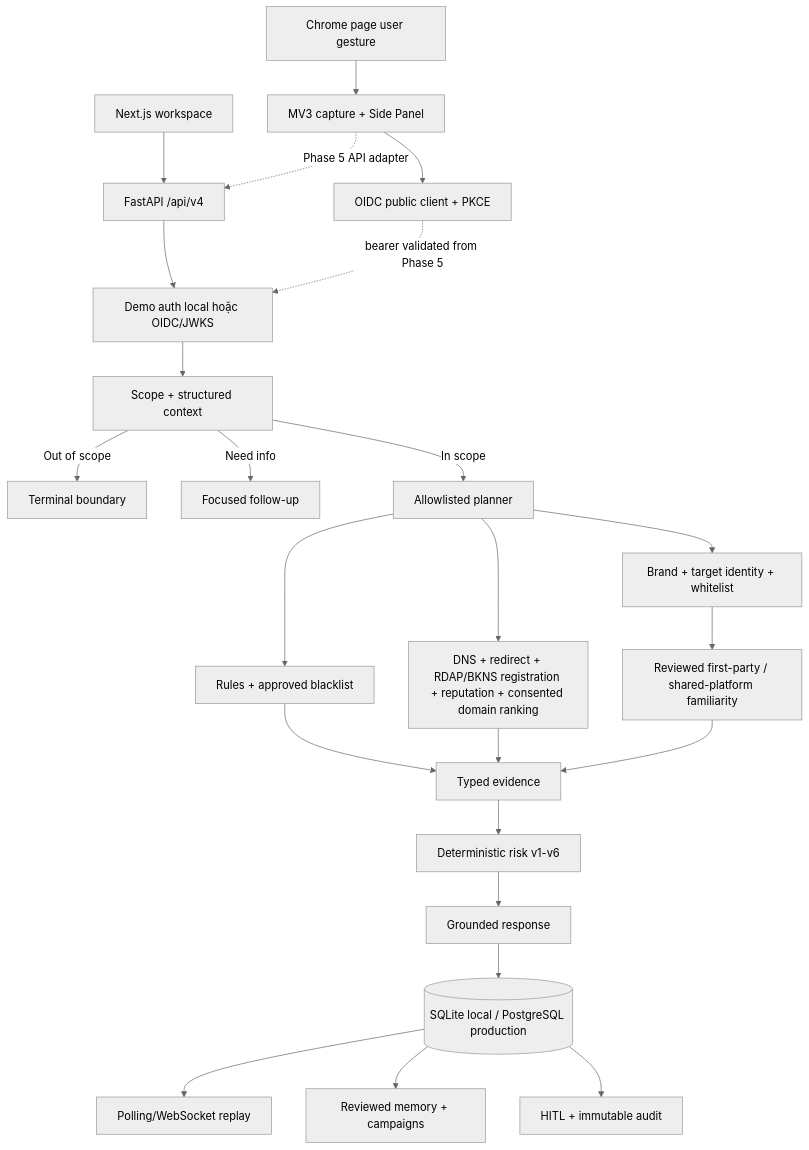
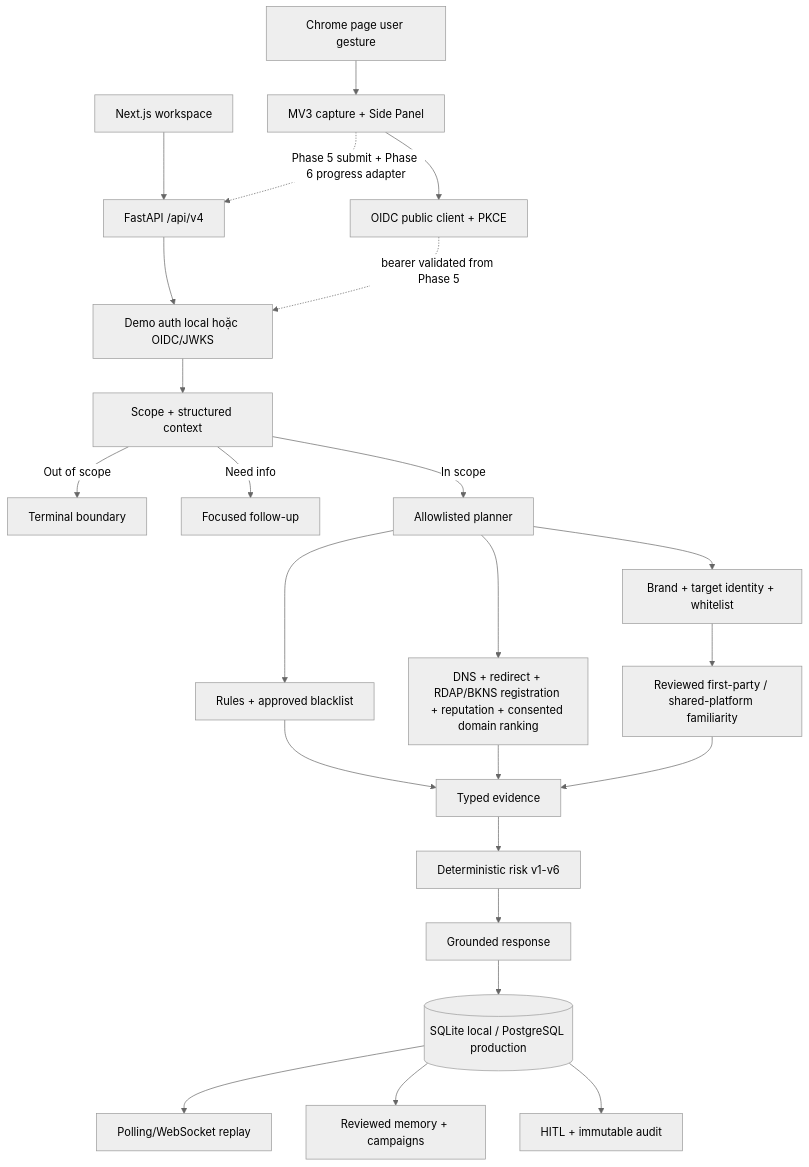
One commit to Binhdn04/TrustGuard-AI changed the diagram in docs/PRODUCT_ARCHITECTURE.md. Above: the diagram before and after it, drawn with Mermaid (neutral theme). The commit also changed other lines of this file and 44 other files, not shown here.

Commit message:
extension: done phase 7 and 8

````diff
--- a/docs/PRODUCT_ARCHITECTURE.md
+++ b/docs/PRODUCT_ARCHITECTURE.md
@@ -40,26 +40,26 @@
 ```mermaid
 flowchart TD
     UI[Next.js workspace] --> API[FastAPI /api/v4]
     Page[Chrome page user gesture] --> Extension[MV3 capture + Side Panel]
     Extension --> ExtAuth[OIDC public client + PKCE]
-    Extension -. Phase 5 API adapter .-> API
+    Extension -. Phase 5 submit + Phase 6 progress adapter .-> API
     API --> Auth[Demo auth local hoặc OIDC/JWKS]
     ExtAuth -. bearer validated from Phase 5 .-> Auth
     Auth --> Scope[Scope + structured context]
     Scope -->|Out of scope| Boundary[Terminal boundary]
     Scope -->|Need info| FollowUp[Focused follow-up]
     Scope -->|In scope| Planner[Allowlisted planner]
     Planner --> Local[Rules + approved blacklist]
     Planner --> Network[DNS + redirect + RDAP/BKNS registration + reputation + consented domain ranking]
     Planner --> Trust[Brand + target identity + whitelist]
     Trust --> Familiarity[Reviewed first-party / shared-platform familiarity]
     Local --> Evidence[Typed evidence]
     Network --> Evidence
     Familiarity --> Evidence
     Evidence --> Risk[Deterministic risk v1-v6]
     Risk --> Response[Grounded response]
     Response --> Store[(SQLite local / PostgreSQL production)]
     Store --> Events[Polling/WebSocket replay]
     Store --> Memory[Reviewed memory + campaigns]
     Store --> Admin[HITL + immutable audit]
 ```
````
